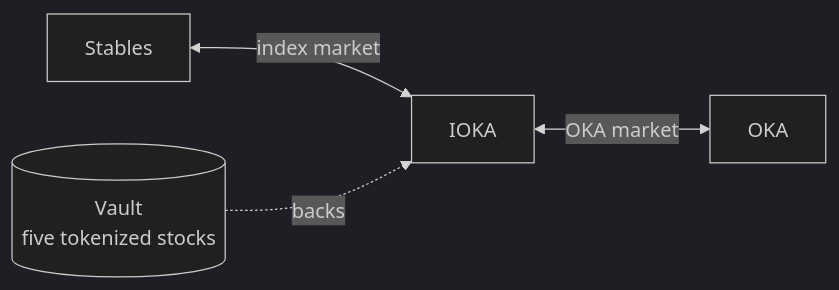
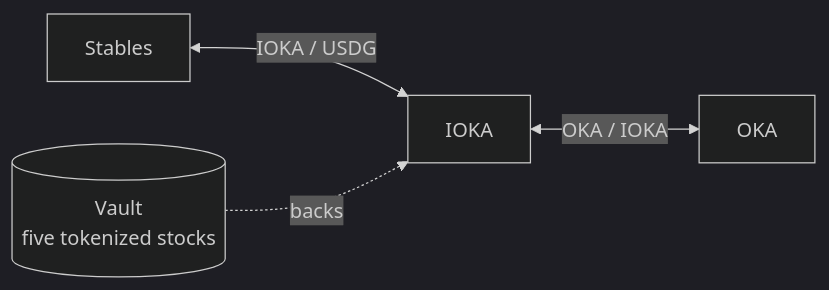
Before and after one commit to 8digitsLabs/docs: the first of 3 diagrams in concepts/tokens.mdx, drawn with Mermaid (dark theme). The commit also changed other lines of this file and 2 other files, not shown here.

First line of the commit message:
docs: update OKA and IOKA descriptions for clarity and detail

````diff
--- a/concepts/tokens.mdx
+++ b/concepts/tokens.mdx
@@ -50,6 +35,6 @@
-    ```mermaid
-    flowchart LR
-      USDG[Stables] <-->|"index market"| IOKA[IOKA]
-      IOKA <-->|"OKA market"| OKA[OKA]
-      VAULT[("Vault<br/>five tokenized stocks")] -.->|"backs"| IOKA
-    ```
+```mermaid
+flowchart LR
+  USDG[Stables] <-->|"IOKA / USDG"| IOKA[IOKA]
+  IOKA <-->|"OKA / IOKA"| OKA[OKA]
+  VAULT[("Vault<br/>five tokenized stocks")] -.->|"backs"| IOKA
+```
````
